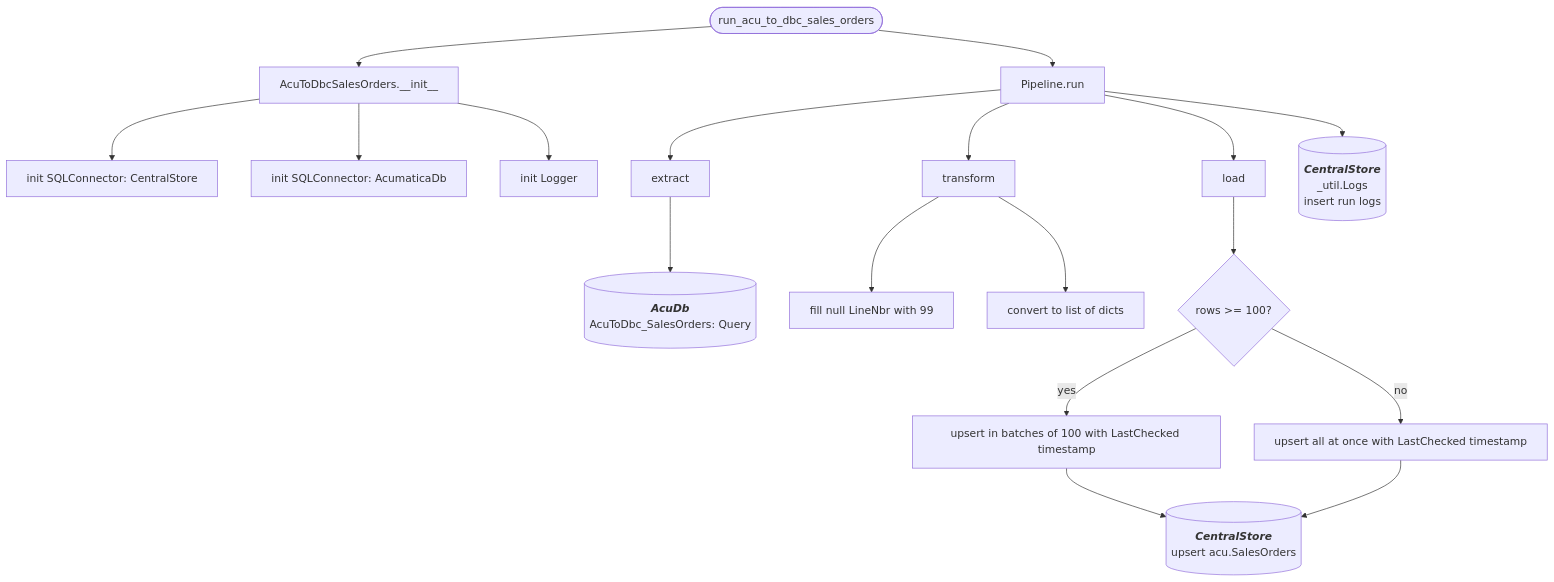
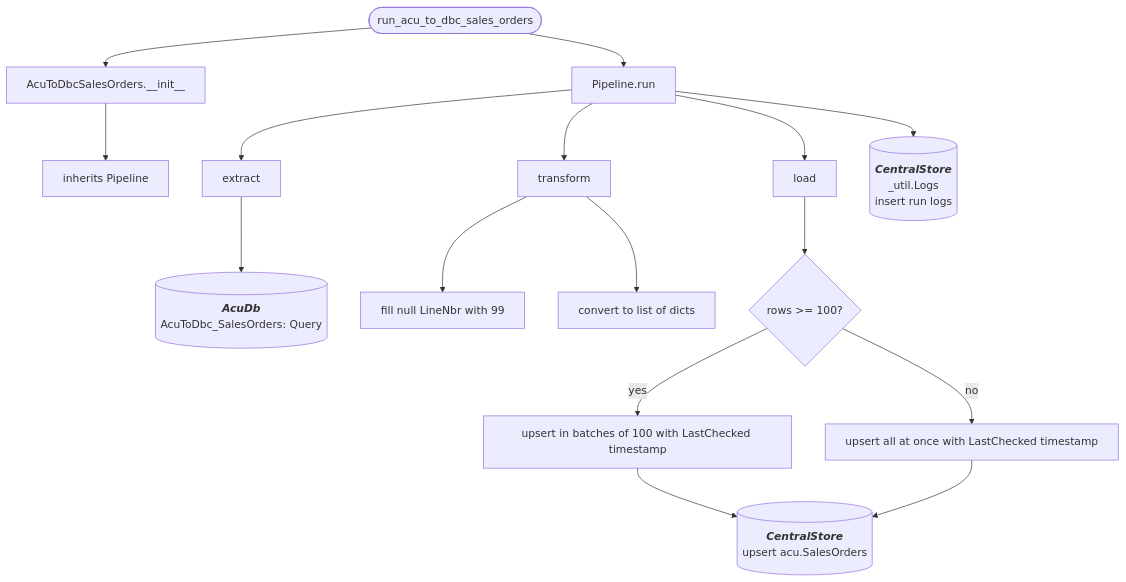
The diagram in docs/pipelines/acu_to_dbc_sales_orders.md (journeyhl/integration-platform), drawn with Mermaid before and after one commit. The commit also changed 42 other files, not shown here.

````diff
--- a/docs/pipelines/acu_to_dbc_sales_orders.md
+++ b/docs/pipelines/acu_to_dbc_sales_orders.md
@@ -1,34 +1,32 @@
 ```mermaid
 %%{init: {"flowchart": {"wrappingWidth": 400}}}%%
 flowchart TD
     A([run_acu_to_dbc_sales_orders]) --> B[AcuToDbcSalesOrders.__init__]
-    B --> B1[init SQLConnector: CentralStore]
-    B --> B2[init SQLConnector: AcumaticaDb]
-    B --> B3[init Logger]
+    B --> B1[inherits Pipeline]
     A --> RUN[Pipeline.run]
 
     RUN --> EX[extract]
     EX --> D1[(
         <b><i>AcuDb</i></b>
         AcuToDbc_SalesOrders: Query
     )]
 
     RUN --> TR[transform]
     TR --> T1[fill null LineNbr with 99]
     TR --> T2[convert to list of dicts]
 
     RUN --> LD[load]
     LD --> L1{rows >= 100?}
     L1 -->|yes| L2[upsert in batches of 100 with LastChecked timestamp]
     L1 -->|no| L3[upsert all at once with LastChecked timestamp]
     L2 --> CS1[(
         <b><i>CentralStore</i></b>
         upsert acu.SalesOrders
     )]
     L3 --> CS1
 
     RUN --> LOGS[(
         <b><i>CentralStore</i></b>
         _util.Logs<br/>insert run logs
     )]
 ```
````
